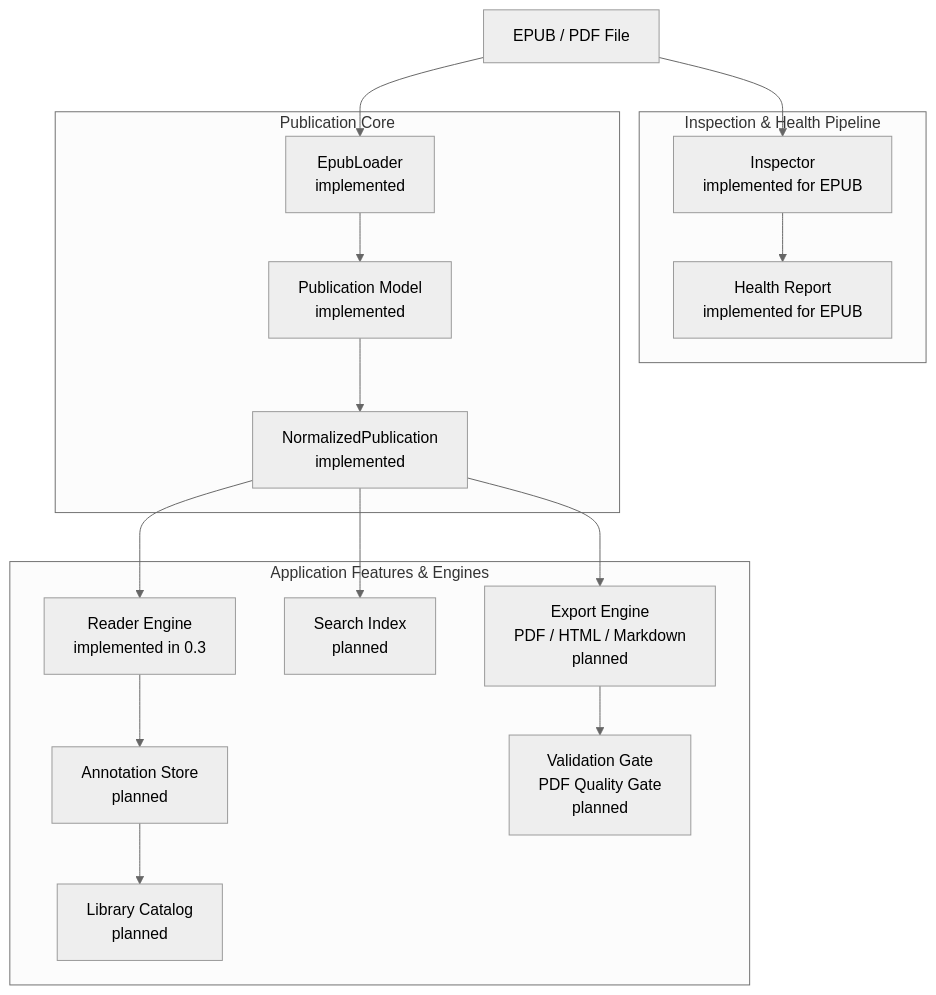
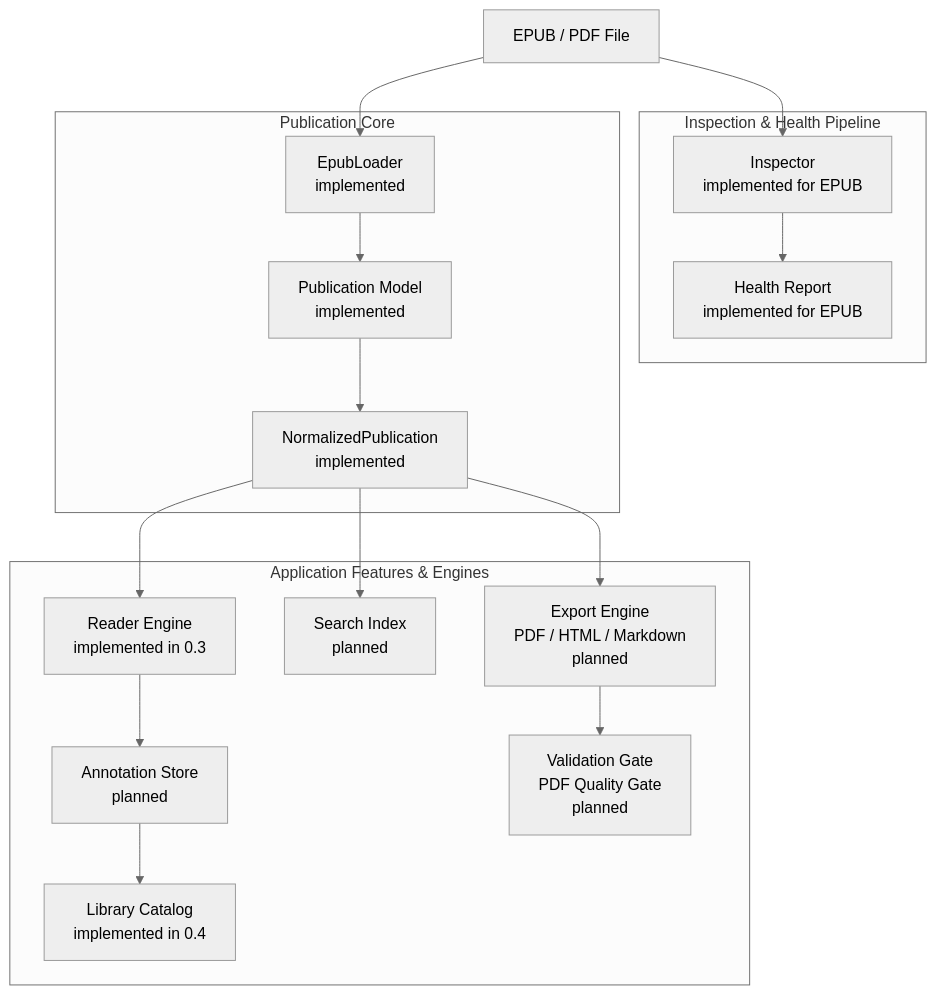
The first of 5 diagrams in docs/architecture.md (bosatsu25/ReflowPress), drawn with Mermaid (neutral theme) before and after one commit. The commit also changed other lines of this file and 5 other files, not shown here.

Commit message:
docs: add ADR 0004 and update architecture, roadmap, and test strategy

````diff
--- a/docs/architecture.md
+++ b/docs/architecture.md
@@ -11,34 +11,34 @@
 ```mermaid
 flowchart TD
     SOURCE[EPUB / PDF File]
 
     subgraph INSP_SUB[Inspection & Health Pipeline]
         INSPECTOR[Inspector<br/>implemented for EPUB]
         HEALTH[Health Report<br/>implemented for EPUB]
     end
 
     subgraph CORE_SUB[Publication Core]
         LOADER[EpubLoader<br/>implemented]
         PUB_MODEL[Publication Model<br/>implemented]
         NORMALIZED[NormalizedPublication<br/>implemented]
     end
 
     subgraph CONSUMER_SUB[Application Features & Engines]
         READER[Reader Engine<br/>implemented in 0.3]
         ANNOTATION[Annotation Store<br/>planned]
-        LIBRARY[Library Catalog<br/>planned]
+        LIBRARY[Library Catalog<br/>implemented in 0.4]
         SEARCH[Search Index<br/>planned]
         EXPORT[Export Engine<br/>PDF / HTML / Markdown<br/>planned]
         VALIDATION[Validation Gate<br/>PDF Quality Gate<br/>planned]
     end
 
     SOURCE --> INSPECTOR --> HEALTH
     SOURCE --> LOADER --> PUB_MODEL --> NORMALIZED
 
     NORMALIZED --> READER
     READER --> ANNOTATION
     ANNOTATION --> LIBRARY
     NORMALIZED --> SEARCH
     NORMALIZED --> EXPORT
     EXPORT --> VALIDATION
 ```
````
